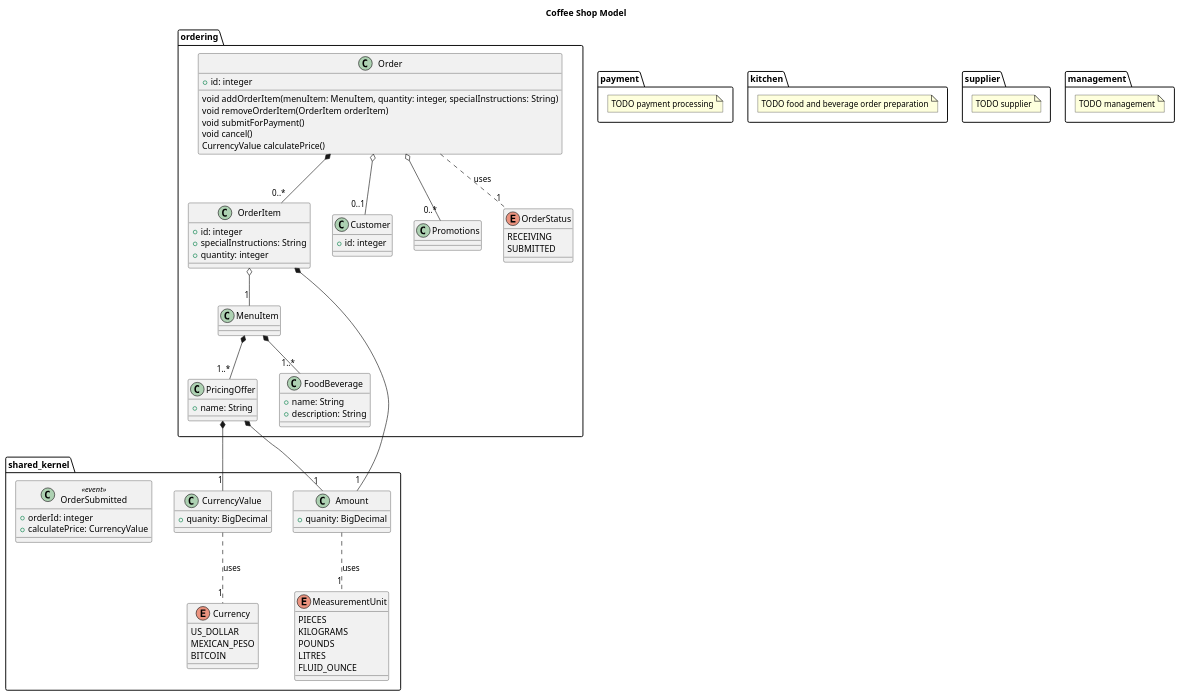
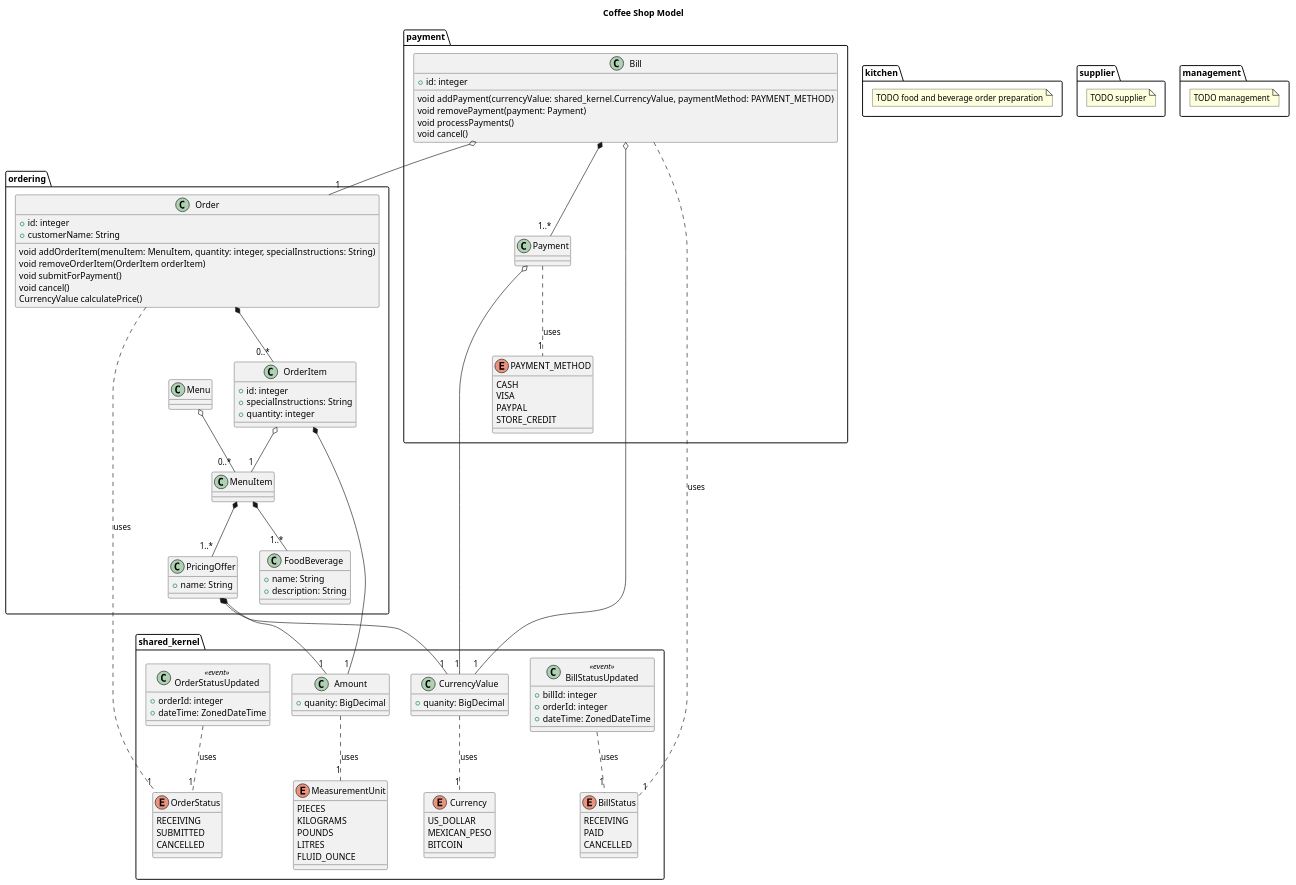
One commit to GregT-Magenic/cofee-shop changed the diagram in model.pu. Above: the diagram before and after it, drawn with PlantUML.

Commit message:
added payment model

```diff
--- a/model.pu
+++ b/model.pu
@@ -1,110 +1,145 @@
 @startuml
 
 title Coffee Shop Model
 
 namespace shared_kernel {
 
   class Amount {
     +quanity: BigDecimal
   }
   Amount .. "1" MeasurementUnit: uses
 
   enum MeasurementUnit {
     PIECES
     KILOGRAMS
     POUNDS
     LITRES
     FLUID_OUNCE
   }
 
   class CurrencyValue {
     +quanity: BigDecimal
   }
   CurrencyValue .. "1" Currency: uses
 
   enum Currency {
     US_DOLLAR
     MEXICAN_PESO
     BITCOIN
   }
 
-    class OrderSubmitted <<event>> {
+  class OrderStatusUpdated <<event>> {
     +orderId: integer
-    +calculatePrice: CurrencyValue
+    +dateTime: ZonedDateTime
+  }
+  OrderStatusUpdated .. "1" OrderStatus: uses
+
+  enum OrderStatus {
+    RECEIVING
+    SUBMITTED
+    CANCELLED
+  }
+
+  class BillStatusUpdated <<event>> {
+    +billId: integer
+    +orderId: integer
+    +dateTime: ZonedDateTime
+  }
+  BillStatusUpdated .. "1" BillStatus: uses
+
+  enum BillStatus {
+    RECEIVING
+    PAID
+    CANCELLED
   }
 
 }
 
 namespace ordering {
 
+  class Menu {}
+  Menu o-- "0..*" MenuItem
+
   class Order {
     +id: integer
+    +customerName: String
     void addOrderItem(menuItem: MenuItem, quantity: integer, specialInstructions: String)
     void removeOrderItem(OrderItem orderItem)
     void submitForPayment()
     void cancel()
     CurrencyValue calculatePrice()
   }
   Order *-- "0..*" OrderItem
-  Order o-- "0..1" Customer
-  Order o-- "0..*" Promotions
-  Order .. "1" OrderStatus: uses
-
-  enum OrderStatus {
-    RECEIVING
-    SUBMITTED
-  }
-
-  class Customer {
-    +id: integer
-  }
+  Order .. "1" shared_kernel.OrderStatus: uses
 
   class OrderItem {
     +id: integer
     +specialInstructions: String
     +quantity: integer
   }
   OrderItem o-- "1" MenuItem
   OrderItem *-- "1" shared_kernel.Amount
 
   MenuItem *-- "1..*" FoodBeverage
   MenuItem *-- "1..*" PricingOffer
 
     class FoodBeverage {
     +name: String
     +description: String
   }
 
   class PricingOffer {
     +name: String
   }
   PricingOffer *-- "1" shared_kernel.Amount
   PricingOffer *-- "1" shared_kernel.CurrencyValue
 
 }
 
 namespace payment {
 
-  note "TODO payment processing" as n1
+  class Bill {
+    +id: integer
+    void addPayment(currencyValue: shared_kernel.CurrencyValue, paymentMethod: PAYMENT_METHOD)
+    void removePayment(payment: Payment)
+    void processPayments()
+    void cancel()
+  }
+  Bill o-- "1" ordering.Order
+  Bill o-- "1" shared_kernel.CurrencyValue
+  Bill *-- "1..*" Payment
+  Bill .. "1" shared_kernel.BillStatus: uses
+
+  class Payment {
+  }
+  Payment o-- "1" shared_kernel.CurrencyValue
+  Payment .. "1" PAYMENT_METHOD: uses
+
+  enum PAYMENT_METHOD {
+    CASH
+    VISA
+    PAYPAL
+    STORE_CREDIT
+  }
 
 }
 
 namespace kitchen {
 
   note "TODO food and beverage order preparation" as n1
 
 }
 
 namespace supplier {
 
   note "TODO supplier" as n1
 
 }
 
 namespace management {
 
   note "TODO management" as n1
 
 }
 
 @enduml
```
